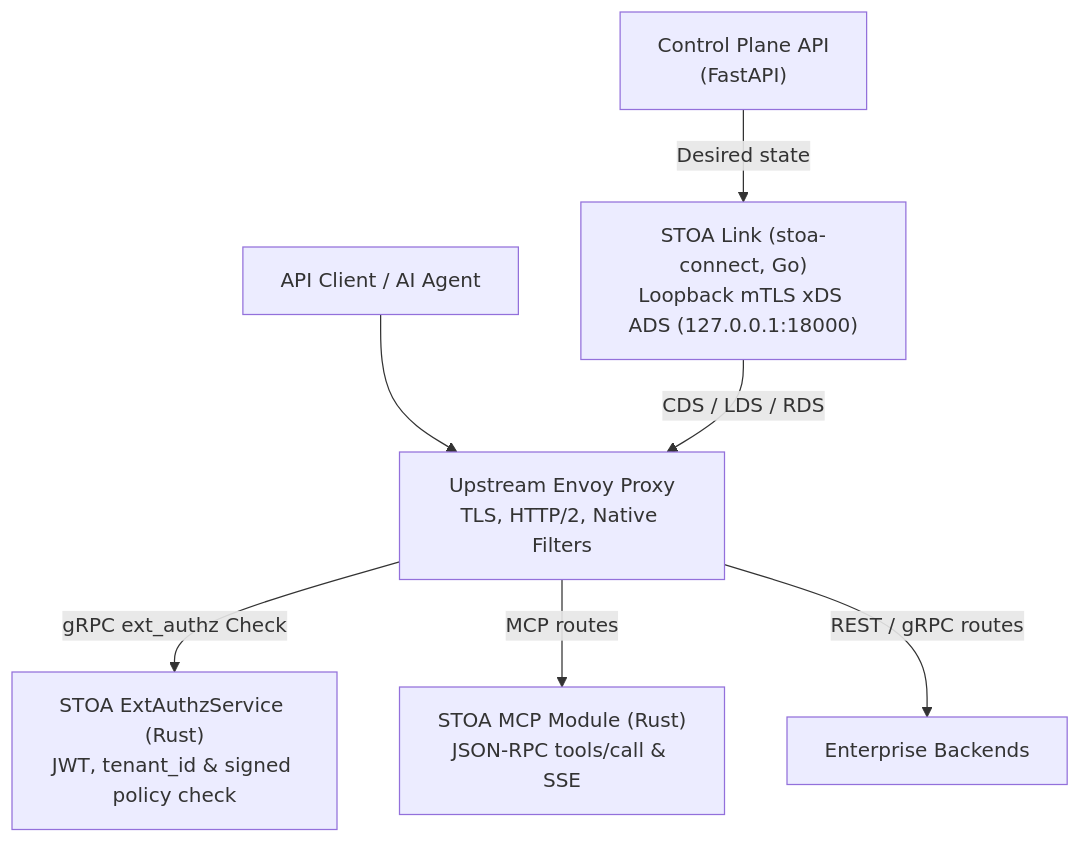
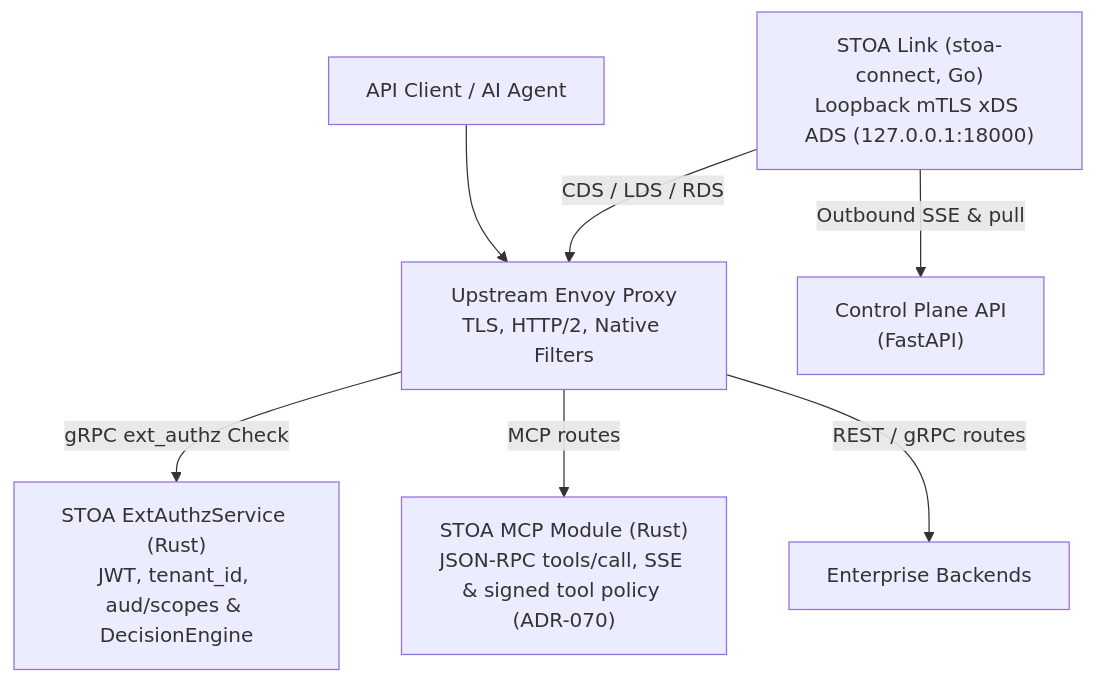
Before and after one commit to stoa-platform/stoa-docs: the third of 3 diagrams in docs/architecture/architecture-overview.md, drawn with Mermaid. The commit also changed other lines of this file and 21 other files, not shown here.

First line of the commit message:
docs(arch): refine Lot 3 Link SSE/adapters, ext_authz scopes, and auth guide (EN/FR)

````diff
--- a/docs/architecture/architecture-overview.md
+++ b/docs/architecture/architecture-overview.md
@@ -133,9 +135,9 @@
 ```mermaid
 flowchart TB
     Client["API Client / AI Agent"] --> Envoy["Upstream Envoy Proxy<br/>TLS, HTTP/2, Native Filters"]
-    CP["Control Plane API<br/>(FastAPI)"] -->|"Desired state"| Link["STOA Link (stoa-connect, Go)<br/>Loopback mTLS xDS ADS (127.0.0.1:18000)"]
+    Link["STOA Link (stoa-connect, Go)<br/>Loopback mTLS xDS ADS (127.0.0.1:18000)"] -->|"Outbound SSE & pull"| CP["Control Plane API<br/>(FastAPI)"]
     Link -->|"CDS / LDS / RDS"| Envoy
-    Envoy -->|"gRPC ext_authz Check"| Authz["STOA ExtAuthzService (Rust)<br/>JWT, tenant_id & signed policy check"]
-    Envoy -->|"MCP routes"| MCPMod["STOA MCP Module (Rust)<br/>JSON-RPC tools/call & SSE"]
+    Envoy -->|"gRPC ext_authz Check"| Authz["STOA ExtAuthzService (Rust)<br/>JWT, tenant_id, aud/scopes & DecisionEngine"]
+    Envoy -->|"MCP routes"| MCPMod["STOA MCP Module (Rust)<br/>JSON-RPC tools/call, SSE & signed tool policy (ADR-070)"]
     Envoy -->|"REST / gRPC routes"| Upstream["Enterprise Backends"]
 ```
````
